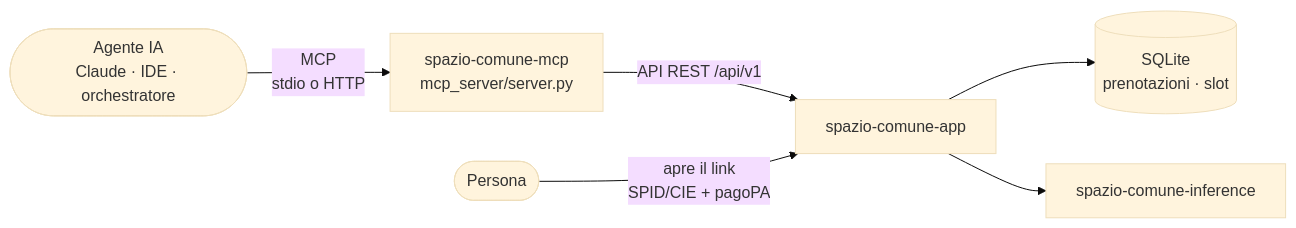
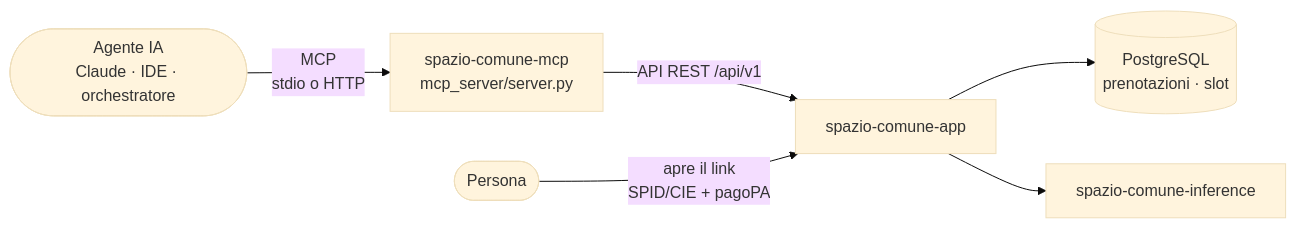
One commit to agent-engineering-studio/spazio-comune changed the diagram in docs/mcp.md. Above: the diagram before and after it, drawn with Mermaid (base theme). The commit also changed 16 other files, not shown here.

First line of the commit message:
Database: solo PostgreSQL

````diff
--- a/docs/mcp.md
+++ b/docs/mcp.md
@@ -13,8 +13,8 @@
 ```mermaid
 flowchart LR
   AG([Agente IA<br/>Claude · IDE · orchestratore]) -->|"MCP<br/>stdio o HTTP"| MCP["spazio-comune-mcp<br/>mcp_server/server.py"]
   MCP -->|"API REST /api/v1"| APP["spazio-comune-app"]
-  APP --> DB[("SQLite<br/>prenotazioni · slot")]
+  APP --> DB[("PostgreSQL<br/>prenotazioni · slot")]
   APP --> INF["spazio-comune-inference"]
   P([Persona]) -->|"apre il link<br/>SPID/CIE + pagoPA"| APP
 ```
````
